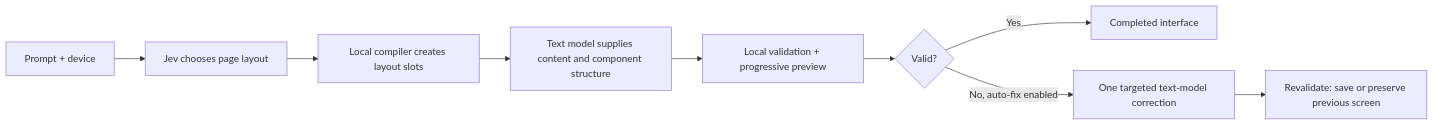
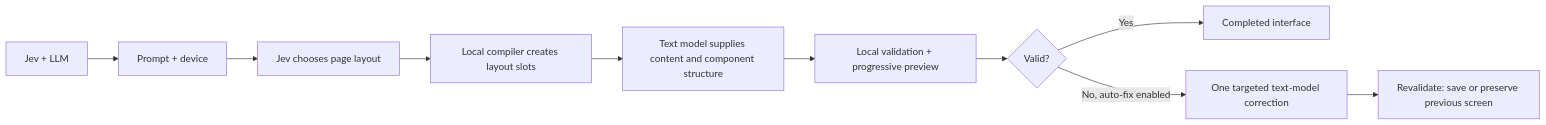
The second of 2 diagrams in README.md (hckmstrrahul/jeverative-ui), drawn with Mermaid before and after one commit. The commit also changed other lines of this file and 13 other files, not shown here.

Commit message:
Rename composition modes to Jev-only and Jev + LLM

````diff
--- a/README.md
+++ b/README.md
@@ -43,11 +43,11 @@
 ```mermaid
 flowchart LR
-  A[Prompt + device] --> B[Jev chooses page layout]
+  M[Jev + LLM] --> A[Prompt + device] --> B[Jev chooses page layout]
   B --> C[Local compiler creates layout slots]
   C --> D[Text model supplies content and component structure]
   D --> E[Local validation + progressive preview]
   E --> F{Valid?}
   F -->|Yes| G[Completed interface]
   F -->|No, auto-fix enabled| H[One targeted text-model correction]
   H --> I[Revalidate: save or preserve previous screen]
 ```
````
